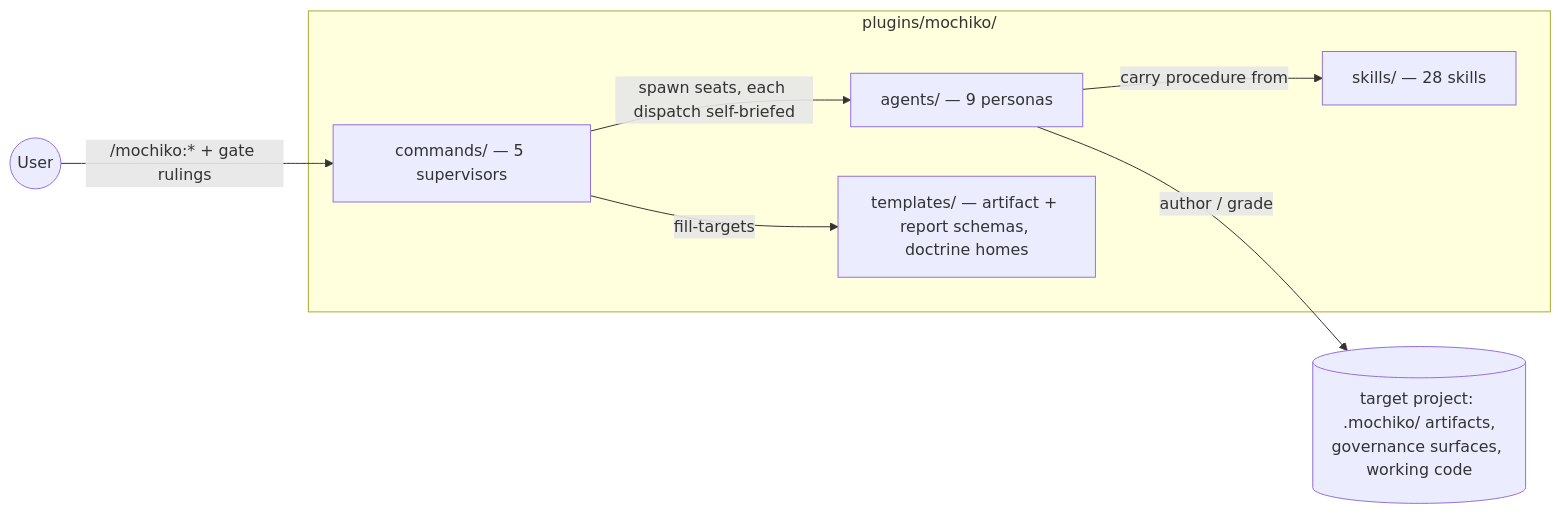
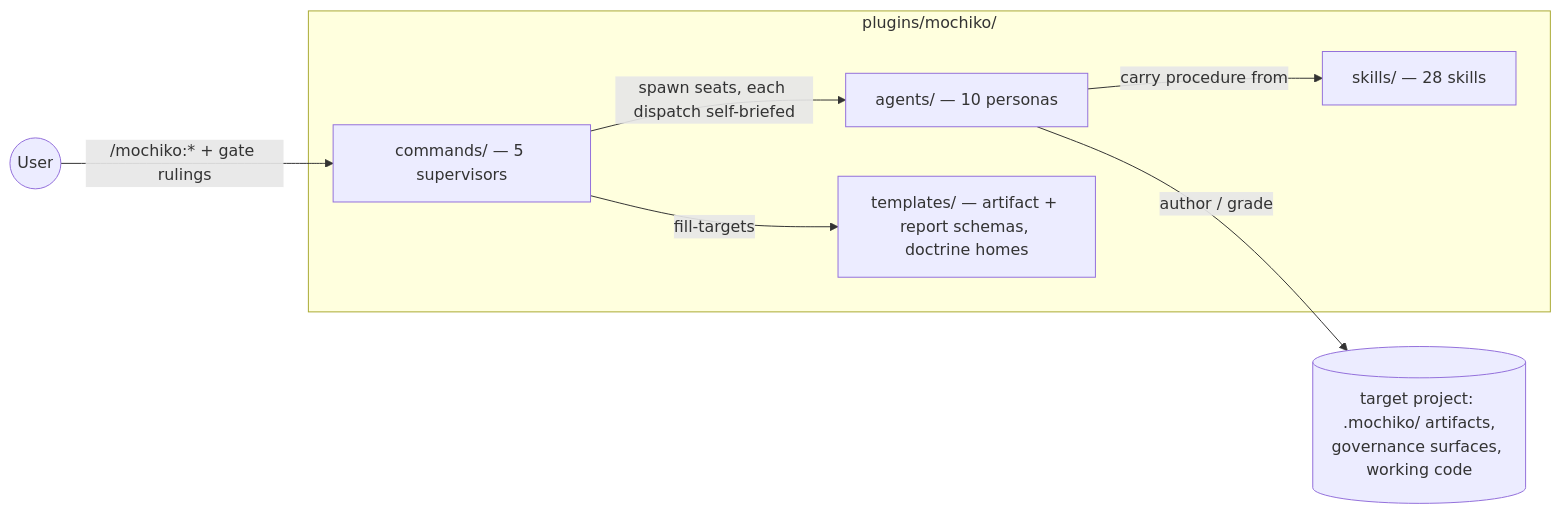
Before and after one commit to humaninloop-dev/mochiko: the first of 7 diagrams in ARCHITECTURE.md, drawn with Mermaid. The commit also changed 9 other files, not shown here.

````diff
--- a/ARCHITECTURE.md
+++ b/ARCHITECTURE.md
@@ -19,15 +19,15 @@
 ```mermaid
 flowchart LR
   user(("User"))
   user -->|"/mochiko:* + gate rulings"| commands
   subgraph plugin ["plugins/mochiko/"]
     commands["commands/ — 5 supervisors"]
-    agents["agents/ — 9 personas"]
+    agents["agents/ — 10 personas"]
     skills["skills/ — 28 skills"]
     templates["templates/ — artifact + report schemas, doctrine homes"]
     commands -->|"spawn seats, each dispatch self-briefed"| agents
     agents -->|"carry procedure from"| skills
     commands -->|"fill-targets"| templates
   end
   agents -->|"author / grade"| target[("target project: .mochiko/ artifacts,<br/>governance surfaces, working code")]
 ```
````
